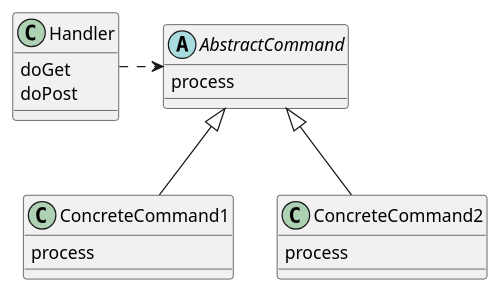
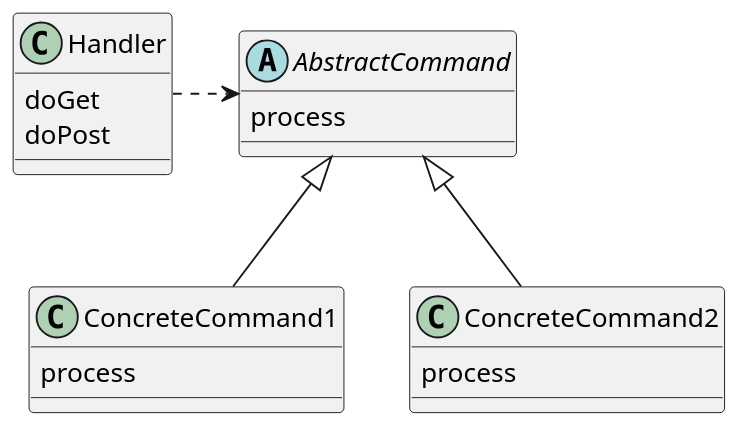
The diagram in enterprise-patterns/front-controller-pattern/src/main/resources/front controller.puml (eugenp/tutorials), drawn with PlantUML before and after one commit. The commit also changed 1 other file, not shown here.

```diff
--- a/enterprise-patterns/front-controller-pattern/src/main/resources/front controller.puml
+++ b/enterprise-patterns/front-controller-pattern/src/main/resources/front controller.puml
@@ -1,22 +1,22 @@
 @startuml
-
+scale 1.5
 class Handler {
 doGet
 doPost
 }
 
 abstract class AbstractCommand {
 process
 }
 class ConcreteCommand1 {
 process
 }
 class ConcreteCommand2 {
 process
 }
 
 Handler .right.> AbstractCommand
 AbstractCommand <|-- ConcreteCommand1
 AbstractCommand <|-- ConcreteCommand2
 
 @enduml
```
